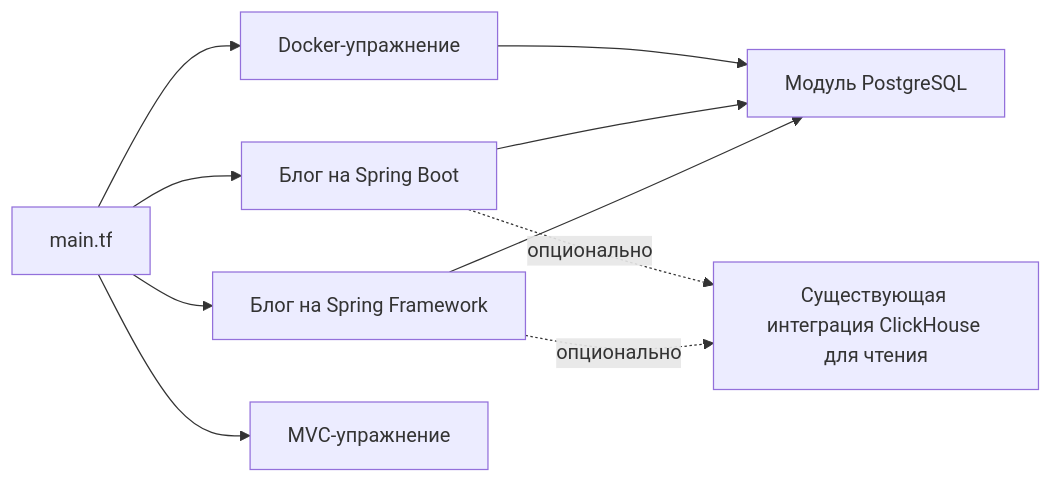
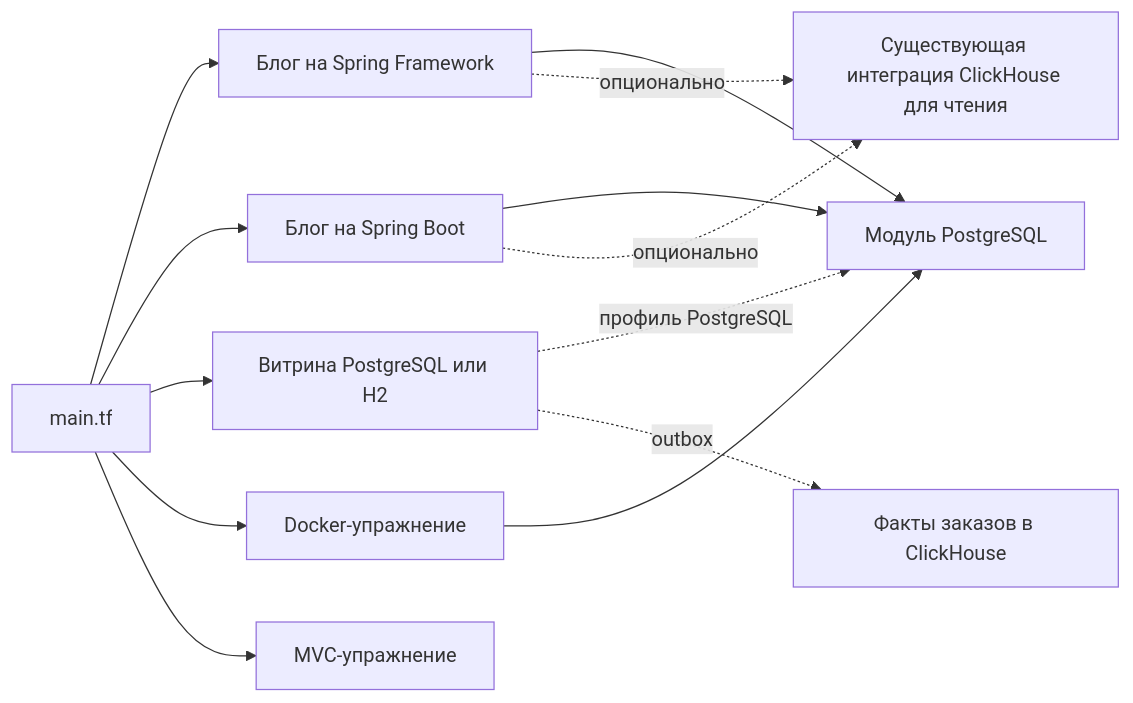
One commit to principalwater/java-engineering-course changed the diagram in infra/README.md. Above: the diagram before and after it, drawn with Mermaid. The commit also changed other lines of this file and 9 other files, not shown here.

Commit message:
SPRINT-05: deploy PostgreSQL and H2 storefront variants with OpenTofu

````diff
--- a/infra/README.md
+++ b/infra/README.md
@@ -26,12 +28,15 @@
 ```mermaid
 flowchart LR
     root[main.tf] --> s3[Блог на Spring Framework]
     root --> s4[Блог на Spring Boot]
+    root --> store[Витрина PostgreSQL или H2]
     root --> docker[Docker-упражнение]
     root --> mvc[MVC-упражнение]
     s3 --> pg[Модуль PostgreSQL]
     s4 --> pg
     docker --> pg
+    store -. профиль PostgreSQL .-> pg
+    store -. outbox .-> facts[Факты заказов в ClickHouse]
     s3 -. опционально .-> ch[Существующая интеграция ClickHouse для чтения]
     s4 -. опционально .-> ch
 ```
````
